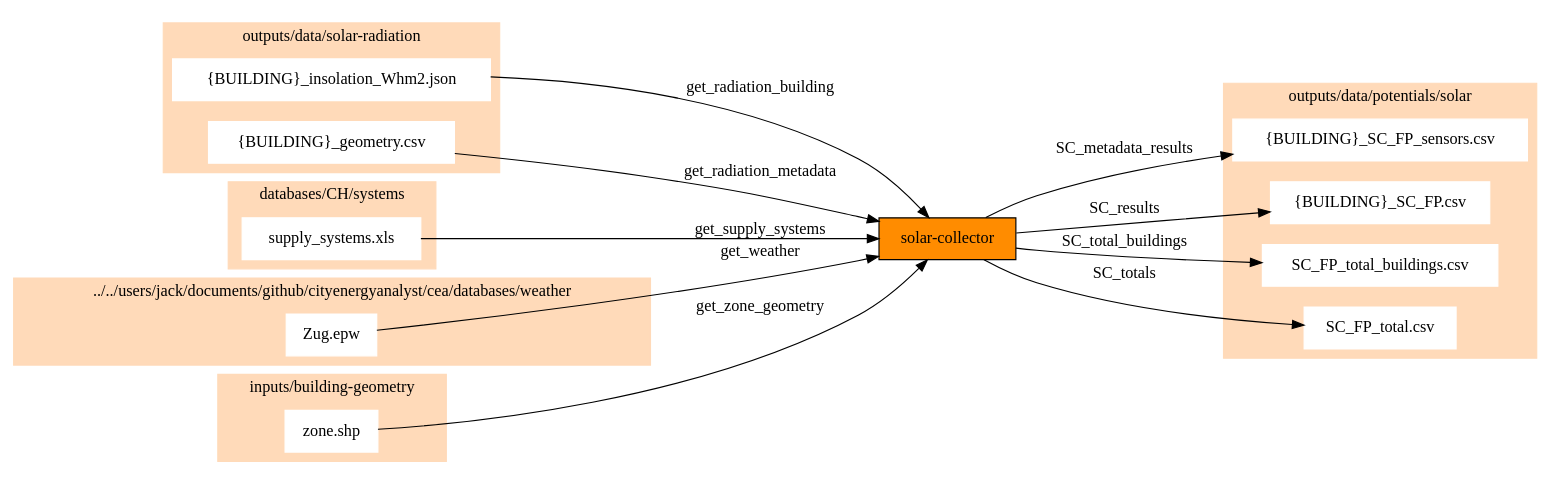
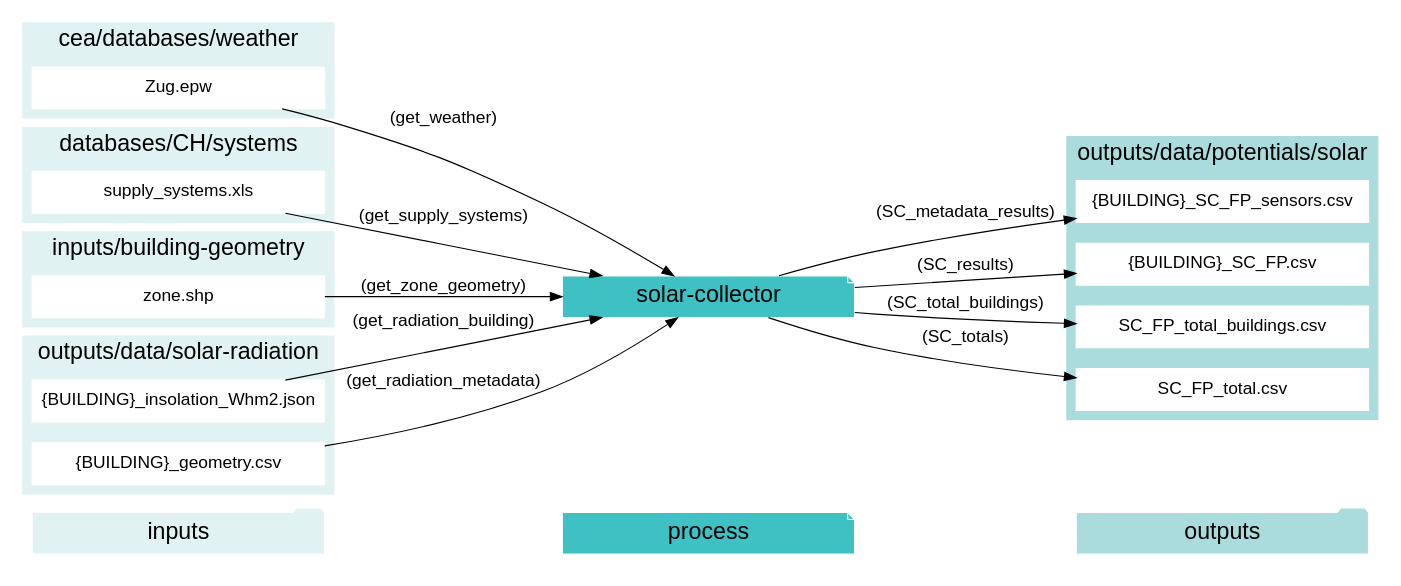
Before and after one commit to architecture-building-systems/CityEnergyAnalyst: the diagram in docs/script_dependencies/solar-collector.gv, drawn with Graphviz. The commit also changed 20 other files, not shown here.

```diff
--- a/docs/script_dependencies/solar-collector.gv
+++ b/docs/script_dependencies/solar-collector.gv
@@ -1,49 +1,70 @@
 digraph trace_inputlocator {
     rankdir="LR";
-    node [shape=box];
-    graph [overlap = false];
-    "solar-collector"[style=filled, fillcolor=darkorange];
-    "{BUILDING}_insolation_Whm2.json" -> "solar-collector"[label="get_radiation_building"]
-    "{BUILDING}_geometry.csv" -> "solar-collector"[label="get_radiation_metadata"]
-    "supply_systems.xls" -> "solar-collector"[label="get_supply_systems"]
-    "Zug.epw" -> "solar-collector"[label="get_weather"]
-    "zone.shp" -> "solar-collector"[label="get_zone_geometry"]
-    "solar-collector" -> "{BUILDING}_SC_FP_sensors.csv"[label="SC_metadata_results"]
-    "solar-collector" -> "{BUILDING}_SC_FP.csv"[label="SC_results"]
-    "solar-collector" -> "SC_FP_total_buildings.csv"[label="SC_total_buildings"]
-    "solar-collector" -> "SC_FP_total.csv"[label="SC_totals"]
-    subgraph cluster_0 {
+    graph [overlap=false, fontname=arial];
+    node [shape=box, style=filled, color=white, fontsize=15, fontname=arial, fixedsize=true, width=3.503];
+    edge [fontname=arial, fontsize = 15]
+    newrank=true
+    subgraph cluster_legend {
+    fontsize=25
+    style=invis
+    "process"[style=filled, fillcolor="#3FC0C2", shape=note, fontsize=20, fontname="arial"]
+    "inputs" [style=filled, shape=folder, color=white, fillcolor="#E1F2F2", fontsize=20]
+    "outputs"[style=filled, shape=folder, color=white, fillcolor="#aadcdd", fontsize=20]
+    "inputs"->"process"[style=invis]
+    "process"->"outputs"[style=invis]
+    }
+    "solar-collector"[style=filled, color=white, fillcolor="#3FC0C2", shape=note, fontsize=20, fontname=arial];
+    subgraph cluster_0_in {
         style = filled;
-        color = peachpuff;
-        label="../../users/jack/documents/github/cityenergyanalyst/cea/databases/weather";
-    "Zug.epw"[style=filled, color=white]
+        color = "#E1F2F2";
+        fontsize = 20;
+        rank=same;
+        label="cea/databases/weather";
+        "Zug.epw"
     }
-    subgraph cluster_1 {
+    subgraph cluster_1_in {
         style = filled;
-        color = peachpuff;
+        color = "#E1F2F2";
+        fontsize = 20;
+        rank=same;
         label="databases/CH/systems";
-    "supply_systems.xls"[style=filled, color=white]
+        "supply_systems.xls"
     }
-    subgraph cluster_2 {
+    subgraph cluster_2_in {
         style = filled;
-        color = peachpuff;
+        color = "#E1F2F2";
+        fontsize = 20;
+        rank=same;
         label="inputs/building-geometry";
-    "zone.shp"[style=filled, color=white]
+        "zone.shp"
     }
-    subgraph cluster_3 {
+    subgraph cluster_3_out {
         style = filled;
-        color = peachpuff;
+        color = "#aadcdd";
+        fontsize = 20;
+        rank=same;
         label="outputs/data/potentials/solar";
-    "{BUILDING}_SC_FP_sensors.csv"[style=filled, color=white]
-    "{BUILDING}_SC_FP.csv"[style=filled, color=white]
-    "SC_FP_total_buildings.csv"[style=filled, color=white]
-    "SC_FP_total.csv"[style=filled, color=white]
+        "{BUILDING}_SC_FP_sensors.csv"
+        "{BUILDING}_SC_FP.csv"
+        "SC_FP_total_buildings.csv"
+        "SC_FP_total.csv"
     }
-    subgraph cluster_4 {
+    subgraph cluster_4_in {
         style = filled;
-        color = peachpuff;
+        color = "#E1F2F2";
+        fontsize = 20;
+        rank=same;
         label="outputs/data/solar-radiation";
-    "{BUILDING}_insolation_Whm2.json"[style=filled, color=white]
-    "{BUILDING}_geometry.csv"[style=filled, color=white]
+        "{BUILDING}_insolation_Whm2.json"
+        "{BUILDING}_geometry.csv"
     }
-    }
+    "{BUILDING}_insolation_Whm2.json" -> "solar-collector"[label="(get_radiation_building)"]
+    "{BUILDING}_geometry.csv" -> "solar-collector"[label="(get_radiation_metadata)"]
+    "supply_systems.xls" -> "solar-collector"[label="(get_supply_systems)"]
+    "Zug.epw" -> "solar-collector"[label="(get_weather)"]
+    "zone.shp" -> "solar-collector"[label="(get_zone_geometry)"]
+    "solar-collector" -> "{BUILDING}_SC_FP_sensors.csv"[label="(SC_metadata_results)"]
+    "solar-collector" -> "{BUILDING}_SC_FP.csv"[label="(SC_results)"]
+    "solar-collector" -> "SC_FP_total_buildings.csv"[label="(SC_total_buildings)"]
+    "solar-collector" -> "SC_FP_total.csv"[label="(SC_totals)"]
+}
```
